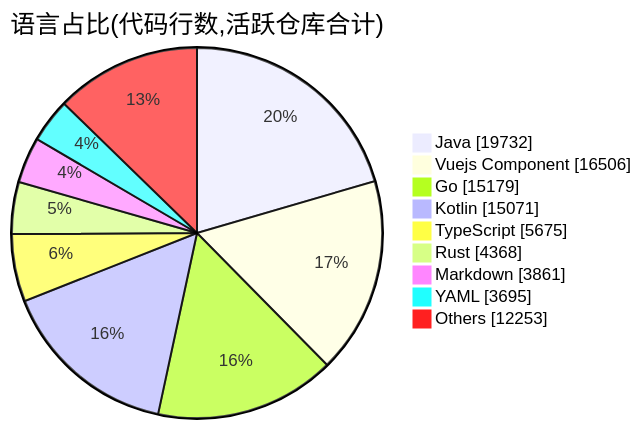
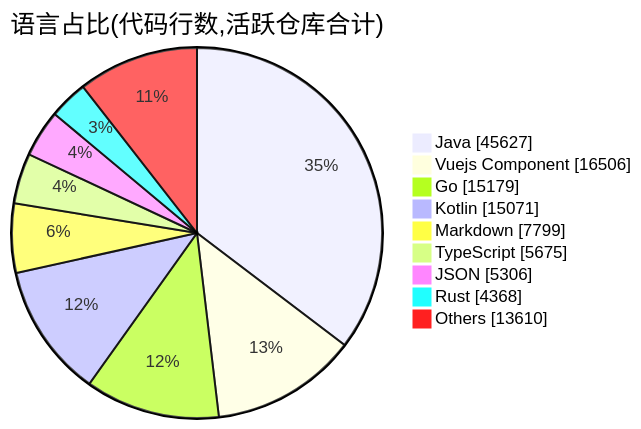
Before and after one commit to Conflux-Union/.github: the second of 2 diagrams in profile/README.md, drawn with Mermaid. The commit also changed other lines of this file and 1 other file, not shown here.

````diff
--- a/profile/README.md
+++ b/profile/README.md
@@ -74,13 +74,13 @@
 ```mermaid
 pie showData
     title 语言占比(代码行数,活跃仓库合计)
-    "Java" : 19732
+    "Java" : 45627
     "Vuejs Component" : 16506
     "Go" : 15179
     "Kotlin" : 15071
+    "Markdown" : 7799
     "TypeScript" : 5675
+    "JSON" : 5306
     "Rust" : 4368
-    "Markdown" : 3861
-    "YAML" : 3695
-    "Others" : 12253
+    "Others" : 13610
 ```
````
